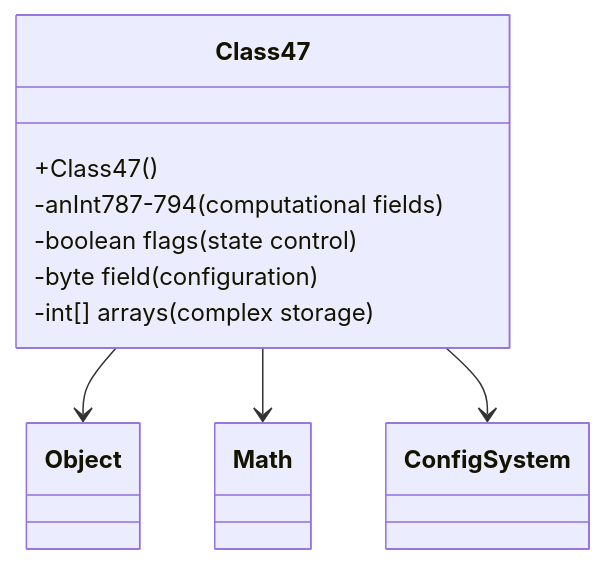
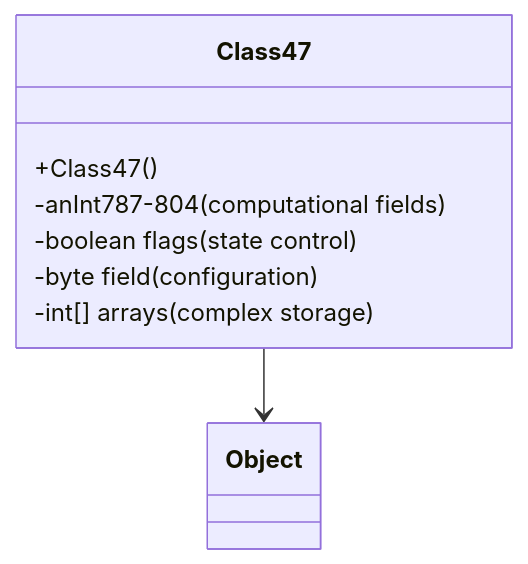
Before and after one commit to daxxog/solmud: the diagram in bytecode/mapping/evidence/verified/Class47_ZARDZRHZ.md, drawn with Mermaid. The commit also changed other lines of this file and 19 other files, not shown here.

````diff
--- a/bytecode/mapping/evidence/verified/Class47_ZARDZRHZ.md
+++ b/bytecode/mapping/evidence/verified/Class47_ZARDZRHZ.md
@@ -16,11 +16,9 @@
 ```mermaid
 classDiagram
     Class47 --> Object
-    Class47 --> Math
-    Class47 --> ConfigSystem
     Class47 : +Class47()
-    Class47 : -anInt787-794 (computational fields)
+    Class47 : -anInt787-804 (computational fields)
     Class47 : -boolean flags (state control)
     Class47 : -byte field (configuration)
     Class47 : -int[] arrays (complex storage)
 ```
````
